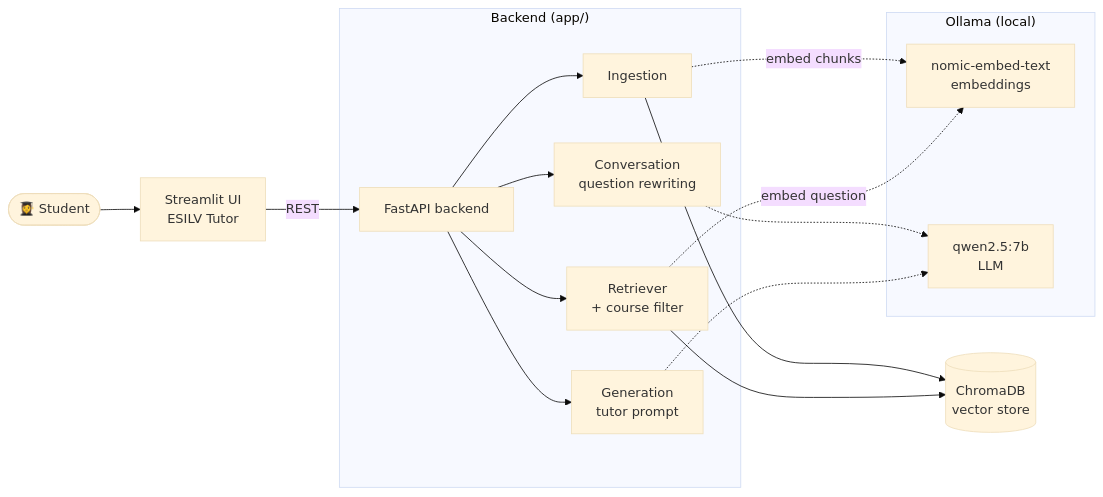
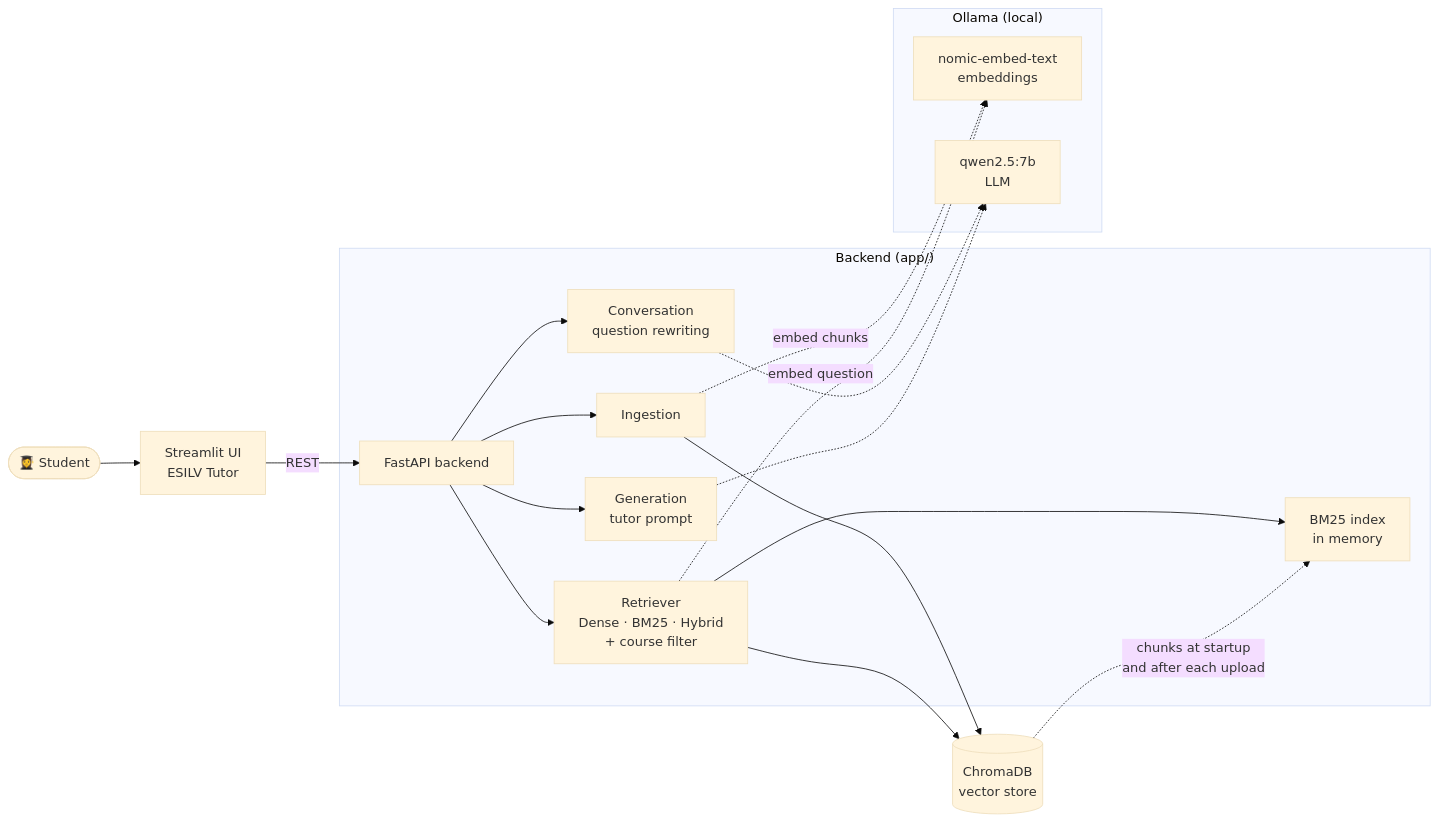
The first of 4 diagrams in README.md (zeineb-daly/RAG), drawn with Mermaid (base theme) before and after one commit. The commit also changed other lines of this file, not shown here.

First line of the commit message:
Update README: 9 PDFs, 3 retrieval modes, Dense vs BM25 vs Hybrid results

````diff
--- a/README.md
+++ b/README.md
@@ -89,25 +90,27 @@
 ```mermaid
 flowchart LR
     U([👩‍🎓 Student]) --> UI[Streamlit UI<br/>ESILV Tutor]
     UI -- REST --> API[FastAPI backend]
 
     subgraph Backend["Backend (app/)"]
         API --> ING[Ingestion]
         API --> CONV[Conversation<br/>question rewriting]
-        API --> RET[Retriever<br/>+ course filter]
+        API --> RET[Retriever<br/>Dense · BM25 · Hybrid<br/>+ course filter]
         API --> GEN[Generation<br/>tutor prompt]
+        RET --> BM[BM25 index<br/>in memory]
     end
 
     ING --> DB[(ChromaDB<br/>vector store)]
     RET --> DB
+    DB -. chunks at startup<br/>and after each upload .-> BM
 
     subgraph Ollama["Ollama (local)"]
         EMB[nomic-embed-text<br/>embeddings]
         LLM[qwen2.5:7b<br/>LLM]
     end
 
     ING -. embed chunks .-> EMB
     RET -. embed question .-> EMB
     CONV -.-> LLM
     GEN -.-> LLM
 ```
````
